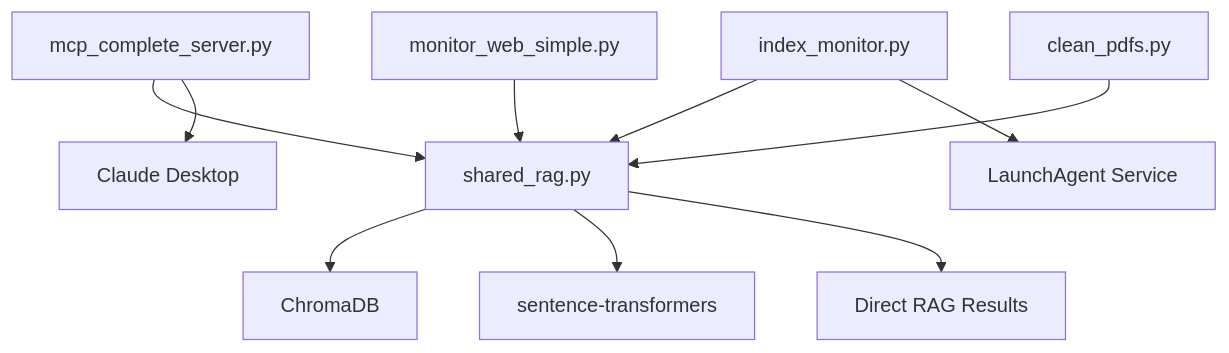
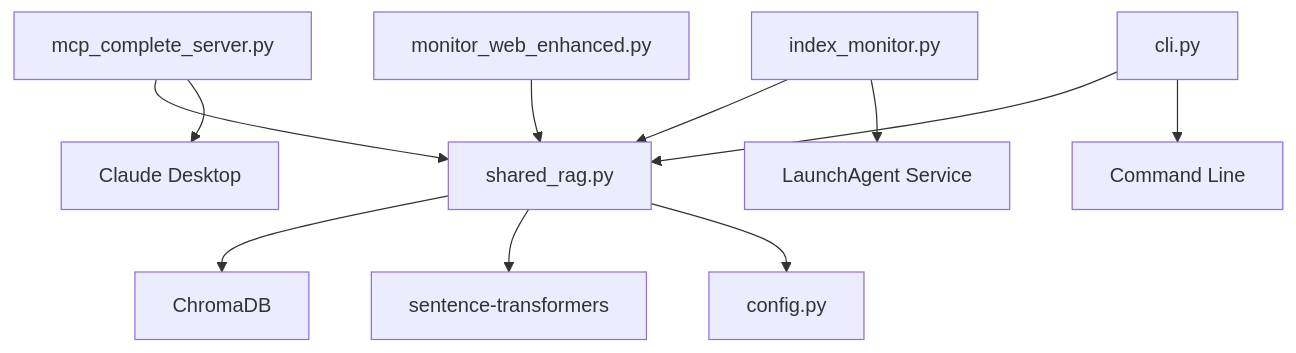
The diagram in PROJECT_STRUCTURE.md (hpoliset/PersonalDocLibraryRAGMCP), drawn with Mermaid before and after one commit. The commit also changed other lines of this file and 26 other files, not shown here.

````diff
--- a/PROJECT_STRUCTURE.md
+++ b/PROJECT_STRUCTURE.md
@@ -189,12 +272,13 @@
 ```mermaid
 graph TD
     A[mcp_complete_server.py] --> B[shared_rag.py]
     C[index_monitor.py] --> B
-    D[monitor_web_simple.py] --> B
-    E[clean_pdfs.py] --> B
+    D[monitor_web_enhanced.py] --> B
+    E[cli.py] --> B
     B --> F[ChromaDB]
     B --> G[sentence-transformers]
-    B --> H[Direct RAG Results]
+    B --> H[config.py]
     A --> I[Claude Desktop]
     C --> J[LaunchAgent Service]
+    E --> K[Command Line]
 ```
````
